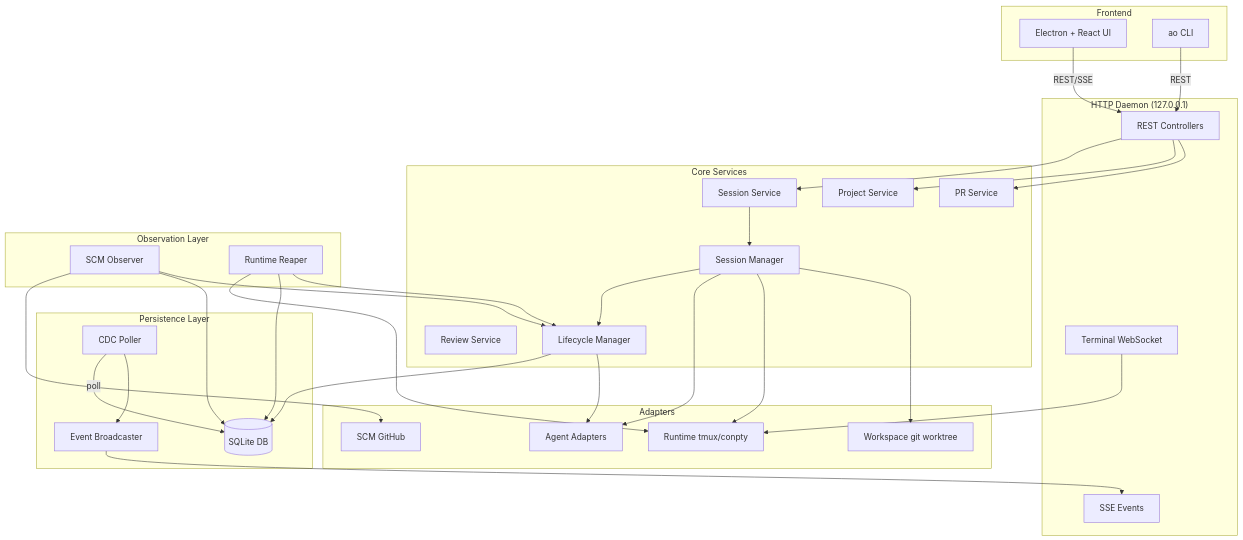
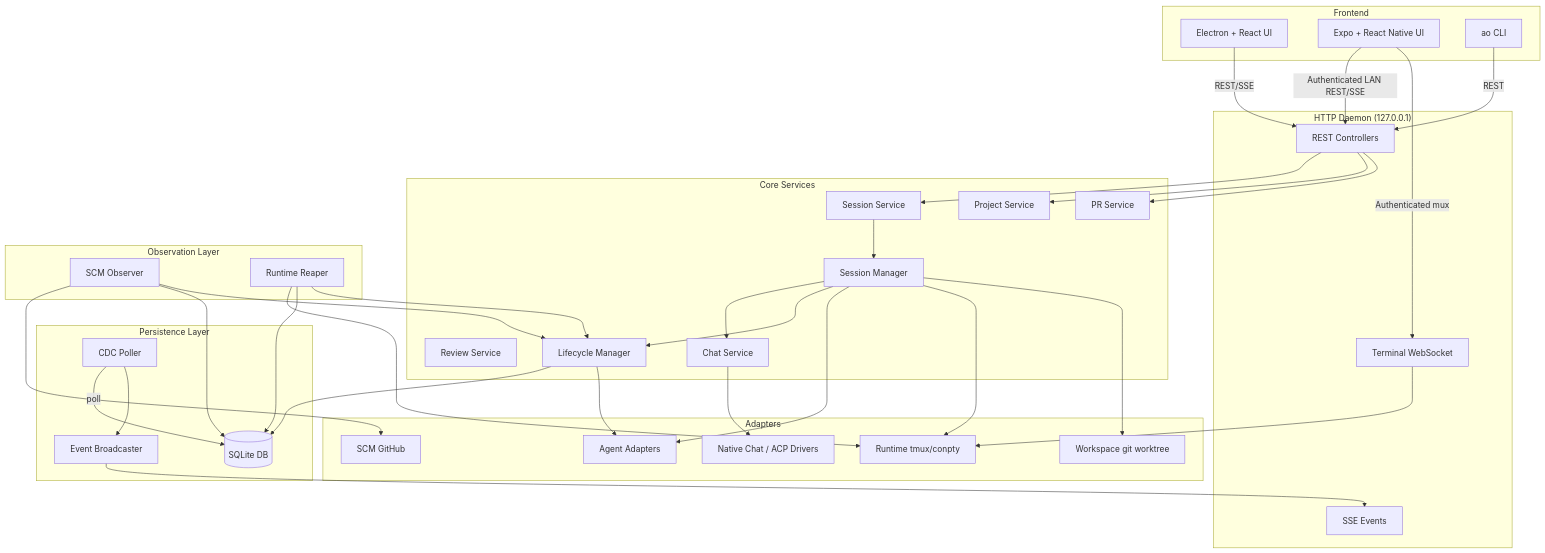
The second of 24 diagrams in docs/architecture.md (AronPerez/agent-orchestrator), drawn with Mermaid before and after one commit. The commit also changed other lines of this file and 744 other files, not shown here.

````diff
--- a/docs/architecture.md
+++ b/docs/architecture.md
@@ -51,70 +53,77 @@
 ```mermaid
 graph TB
     subgraph Frontend
         FE[Electron + React UI]
+        Mobile[Expo + React Native UI]
         CLI[ao CLI]
     end
 
     subgraph HTTP["HTTP Daemon (127.0.0.1)"]
         Controllers[REST Controllers]
         SSE[SSE Events]
         Terminal[Terminal WebSocket]
     end
 
     subgraph Core["Core Services"]
         SessionSvc[Session Service]
         ProjectSvc[Project Service]
         PRSvc[PR Service]
         ReviewSvc[Review Service]
         SessionMgr[Session Manager]
+        ChatSvc[Chat Service]
         LCM[Lifecycle Manager]
     end
 
     subgraph Observe["Observation Layer"]
         SCMObserver[SCM Observer]
         Reaper[Runtime Reaper]
     end
 
     subgraph Storage["Persistence Layer"]
         SQLite[(SQLite DB)]
         CDC[CDC Poller]
         Broadcaster[Event Broadcaster]
     end
 
     subgraph Adapters["Adapters"]
         AgentAdapter[Agent Adapters]
         RuntimeAdapter[Runtime tmux/conpty]
+        ChatDriver[Native Chat / ACP Drivers]
         WorkspaceAdapter[Workspace git worktree]
         SCMAdapter[SCM GitHub]
     end
 
     FE -->|REST/SSE| Controllers
+    Mobile -->|Authenticated LAN REST/SSE| Controllers
+    Mobile -->|Authenticated mux| Terminal
     CLI -->|REST| Controllers
     Controllers --> SessionSvc
     Controllers --> ProjectSvc
     Controllers --> PRSvc
 
     SessionSvc --> SessionMgr
+    SessionMgr --> ChatSvc
     SessionMgr --> LCM
     SessionMgr --> AgentAdapter
     SessionMgr --> RuntimeAdapter
     SessionMgr --> WorkspaceAdapter
+    ChatSvc --> ChatDriver
 
     LCM --> SQLite
     LCM --> AgentAdapter
 
     SCMObserver --> SCMAdapter
     SCMObserver --> SQLite
     SCMObserver --> LCM
 
     Reaper --> RuntimeAdapter
     Reaper --> SQLite
     Reaper --> LCM
 
     CDC -->|poll| SQLite
     CDC --> Broadcaster
     Broadcaster --> SSE
 
     Terminal --> RuntimeAdapter
 
 ```
````
